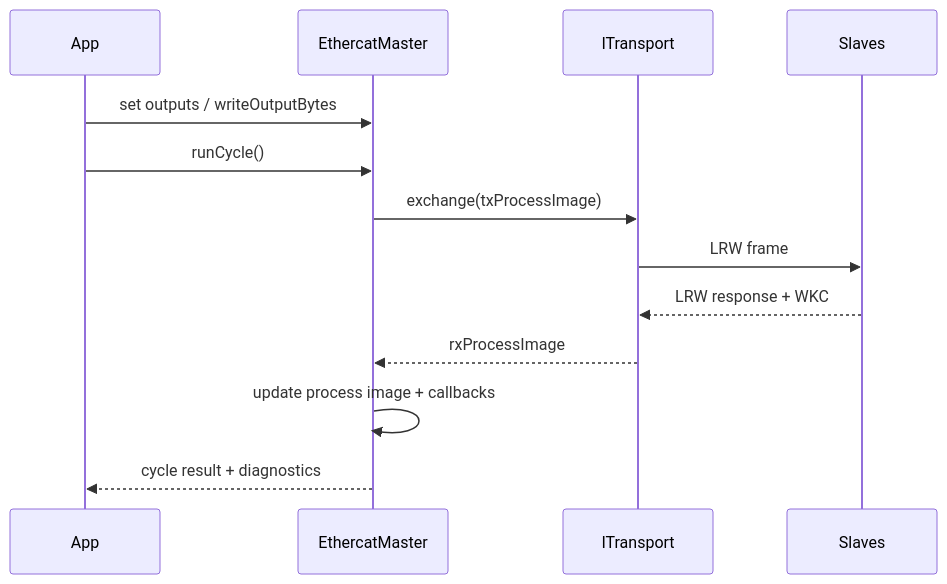
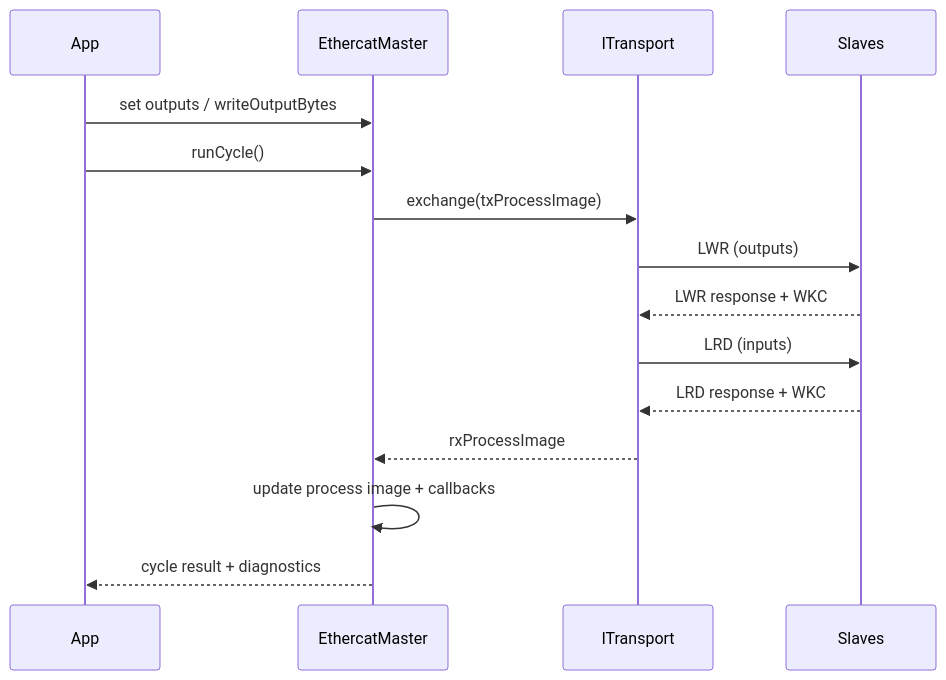
The fourth of 7 diagrams in docs/architecture.md (robotcontrol-xyz/openethercat), drawn with Mermaid before and after one commit. The commit also changed other lines of this file and 6 other files, not shown here.

````diff
--- a/docs/architecture.md
+++ b/docs/architecture.md
@@ -186,16 +186,18 @@
 ```mermaid
 sequenceDiagram
     participant APP as App
     participant M as EthercatMaster
     participant T as ITransport
     participant S as Slaves
 
     APP->>M: set outputs / writeOutputBytes
     APP->>M: runCycle()
     M->>T: exchange(txProcessImage)
-    T->>S: LRW frame
-    S-->>T: LRW response + WKC
+    T->>S: LWR (outputs)
+    S-->>T: LWR response + WKC
+    T->>S: LRD (inputs)
+    S-->>T: LRD response + WKC
     T-->>M: rxProcessImage
     M->>M: update process image + callbacks
     M-->>APP: cycle result + diagnostics
 ```
````
